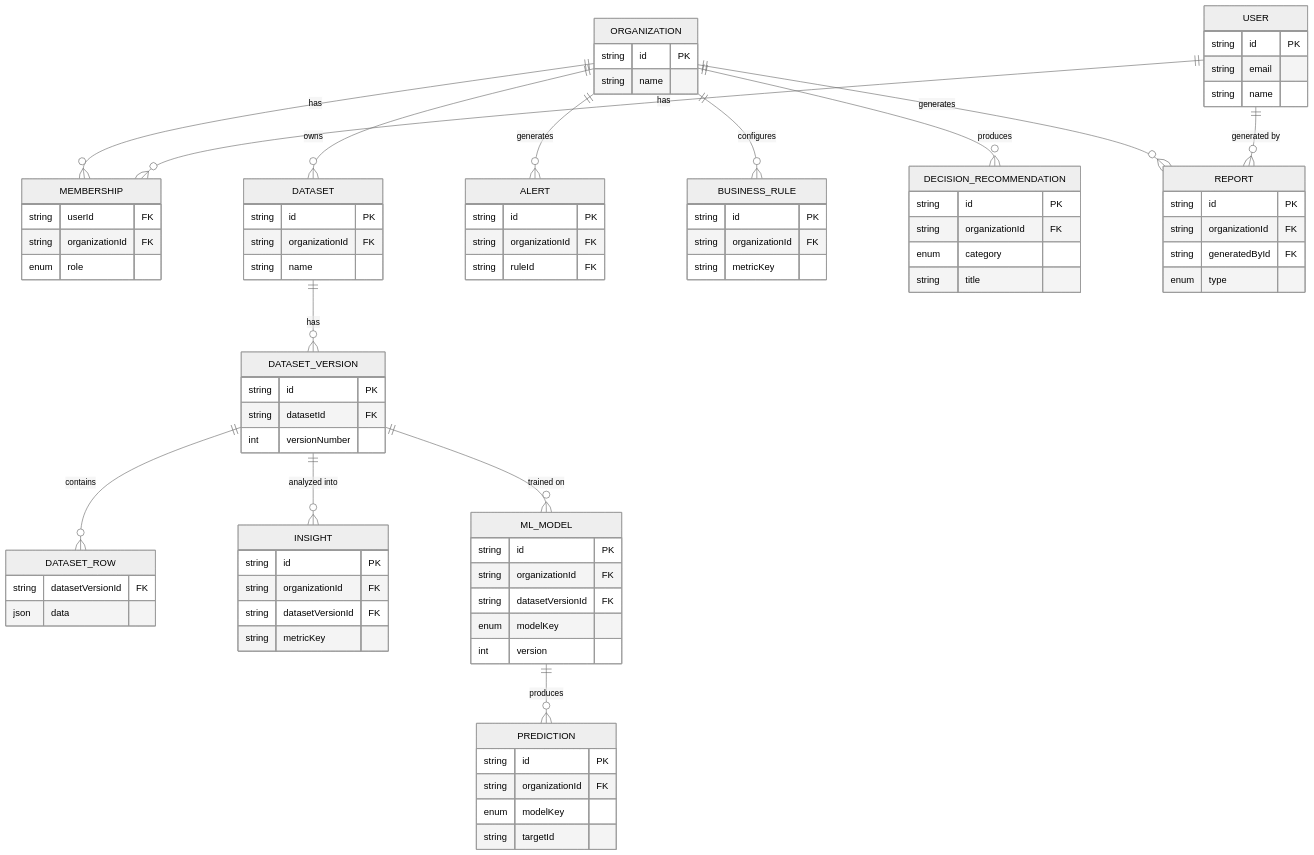
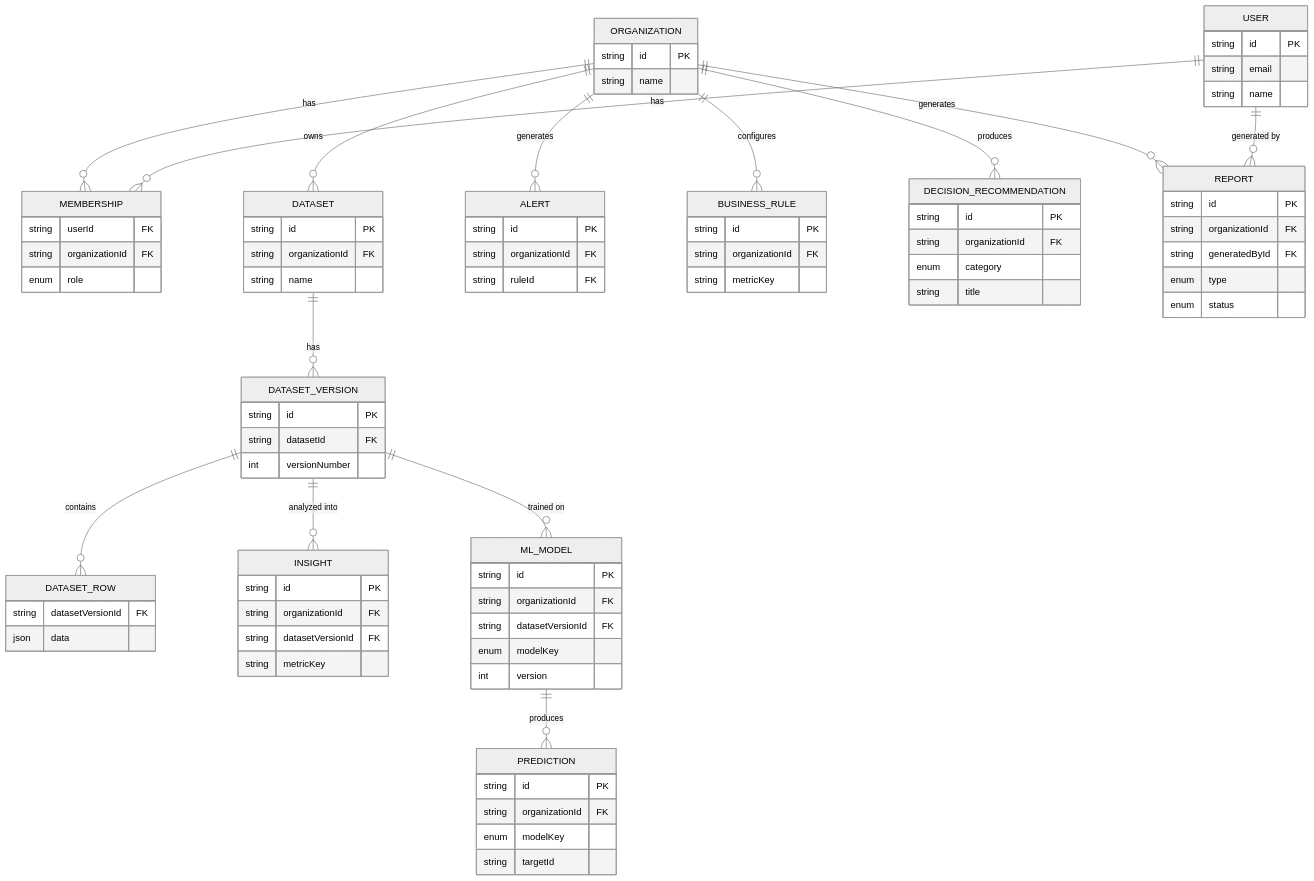
Before and after one commit to saminadamn/stratiq: the diagram in README.md, drawn with Mermaid (neutral theme). The commit also changed other lines of this file and 5 other files, not shown here.

````diff
--- a/README.md
+++ b/README.md
@@ -140,5 +144,6 @@
         string organizationId FK
         string generatedById FK
         enum type
+        enum status
     }
 ```
````
